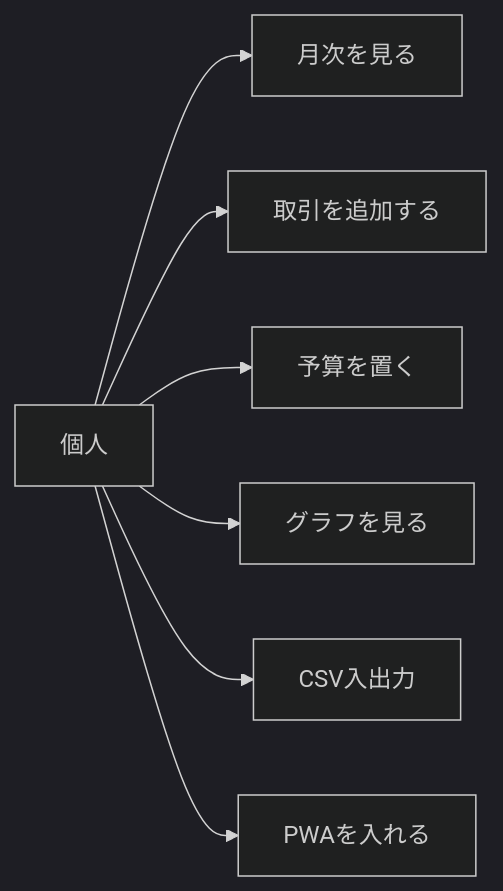
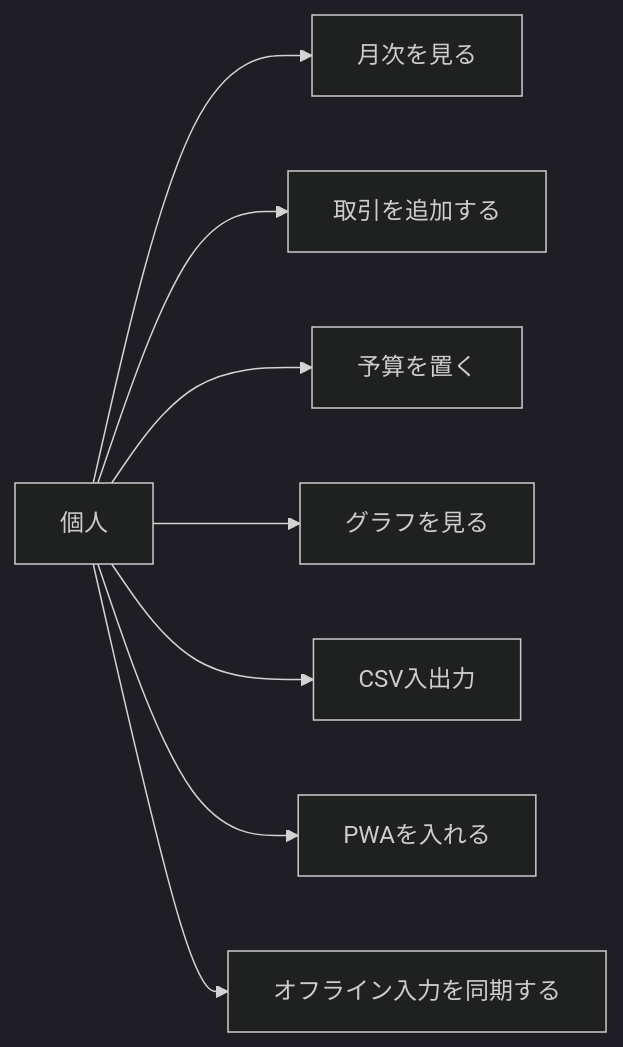
One commit to maeplego/portfolio-plan changed the first of 8 diagrams in portfolio-plan/personal-finance/docs/06-diagrams.md. Above: the diagram before and after it, drawn with Mermaid (dark theme). The commit also changed other lines of this file and 7 other files, not shown here.

````diff
--- a/portfolio-plan/personal-finance/docs/06-diagrams.md
+++ b/portfolio-plan/personal-finance/docs/06-diagrams.md
@@ -12,10 +12,11 @@
 ```mermaid
 flowchart LR
   User[個人]
   User --> UC1[月次を見る]
   User --> UC2[取引を追加する]
   User --> UC3[予算を置く]
   User --> UC4[グラフを見る]
   User --> UC5[CSV入出力]
   User --> UC6[PWAを入れる]
+  User --> UC7[オフライン入力を同期する]
 ```
````
